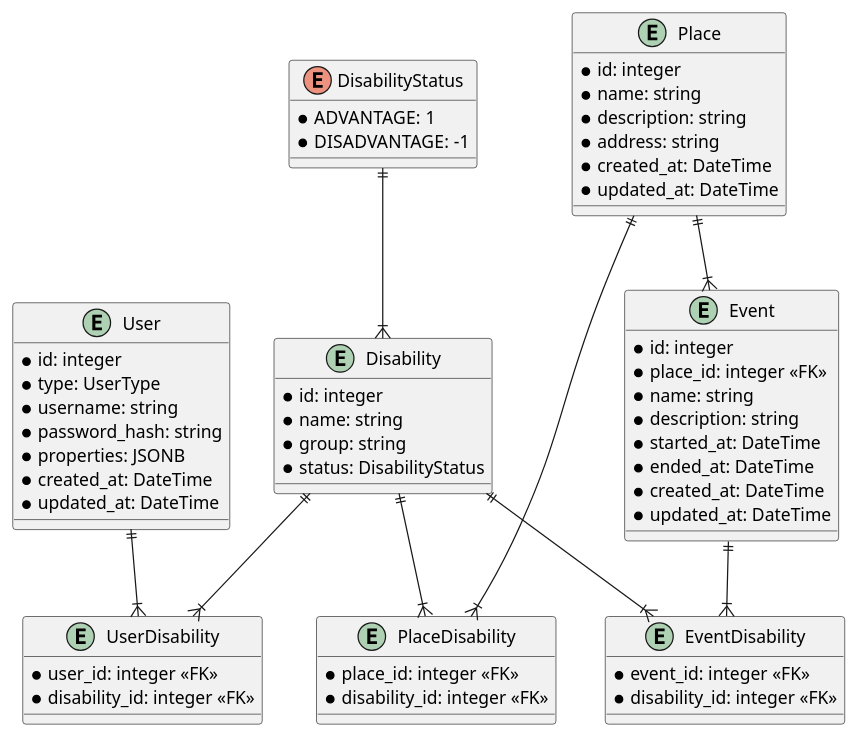
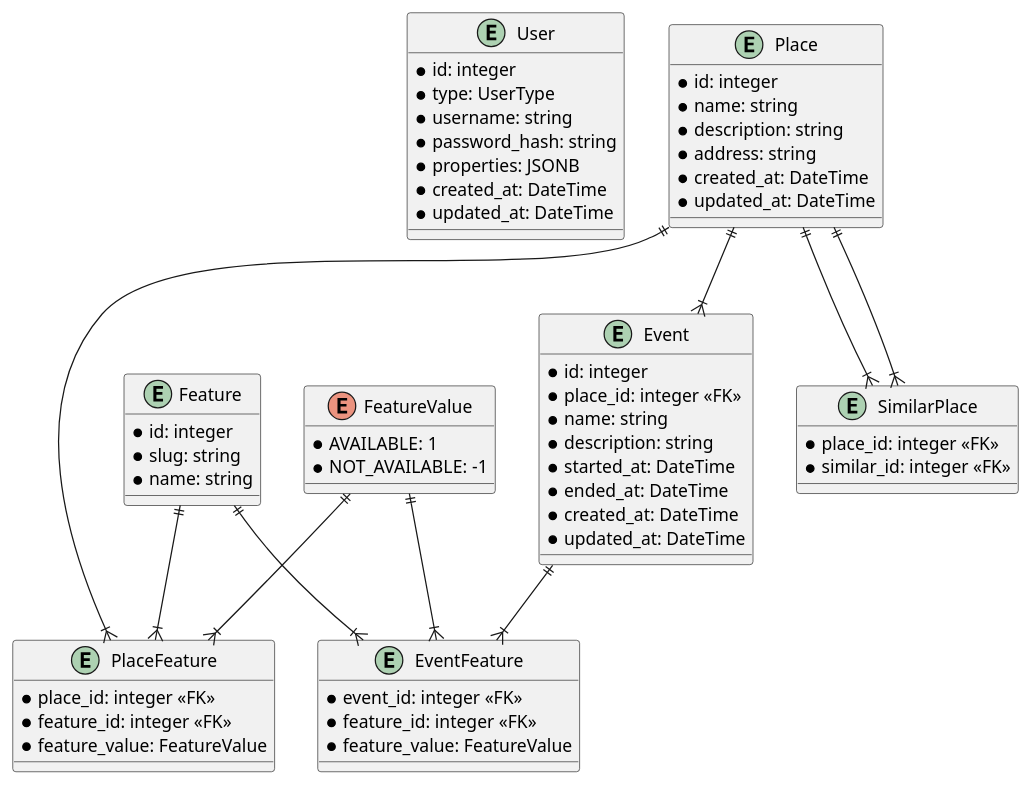
Before and after one commit to stackoverfollowers/true-tech-hack-2024: the diagram in docs/db.puml, drawn with PlantUML. The commit also changed 17 other files, not shown here.

```diff
--- a/docs/db.puml
+++ b/docs/db.puml
@@ -1,68 +1,71 @@
 @startuml database
 
 entity "User" as u {
     * id: integer
     * type: UserType
     * username: string
     * password_hash: string
     * properties: JSONB
     * created_at: DateTime
     * updated_at: DateTime
 }
 
 entity "Place" as p {
     * id: integer
     * name: string
     * description: string
     * address: string
     * created_at: DateTime
     * updated_at: DateTime
 }
 
 entity "Event" as e {
     * id: integer
     * place_id: integer <<FK>>
     * name: string
     * description: string
     * started_at: DateTime
     * ended_at: DateTime
     * created_at: DateTime
     * updated_at: DateTime
 }
 
-enum "DisabilityStatus" as ds {
-    * ADVANTAGE: 1
-    * DISADVANTAGE: -1
+enum "FeatureValue" as fv {
+    * AVAILABLE: 1
+    * NOT_AVAILABLE: -1
 }
 
-entity "Disability" as d {
+entity "Feature" as f {
     * id: integer
+    * slug: string
     * name: string
-    * group: string
-    * status: DisabilityStatus
 }
 
-entity "PlaceDisability" as pd {
+entity "PlaceFeature" as pf {
     * place_id: integer <<FK>>
-    * disability_id: integer <<FK>>
+    * feature_id: integer <<FK>>
+    * feature_value: FeatureValue
 }
 
-entity "EventDisability" as ed {
+entity "EventFeature" as ef {
     * event_id: integer <<FK>>
-    * disability_id: integer <<FK>>
+    * feature_id: integer <<FK>>
+    * feature_value: FeatureValue
 }
 
-entity "UserDisability" as ud {
-    * user_id: integer <<FK>>
-    * disability_id: integer <<FK>>
+entity "SimilarPlace" as sp {
+   * place_id: integer <<FK>>
+   * similar_id: integer <<FK>>
 }
 
-p ||--|{ pd
-d ||--|{ pd
+
+p ||--|{ pf
+f ||--|{ pf
+fv ||--|{ pf
+fv ||--|{ ef
 p ||--|{ e
-u ||--|{ ud
-d ||--|{ ud
-ds ||--|{ d
-e ||--|{ ed
-d ||--|{ ed
+e ||--|{ ef
+f ||--|{ ef
+p ||--|{ sp
+p ||--|{ sp
 @enduml
```
